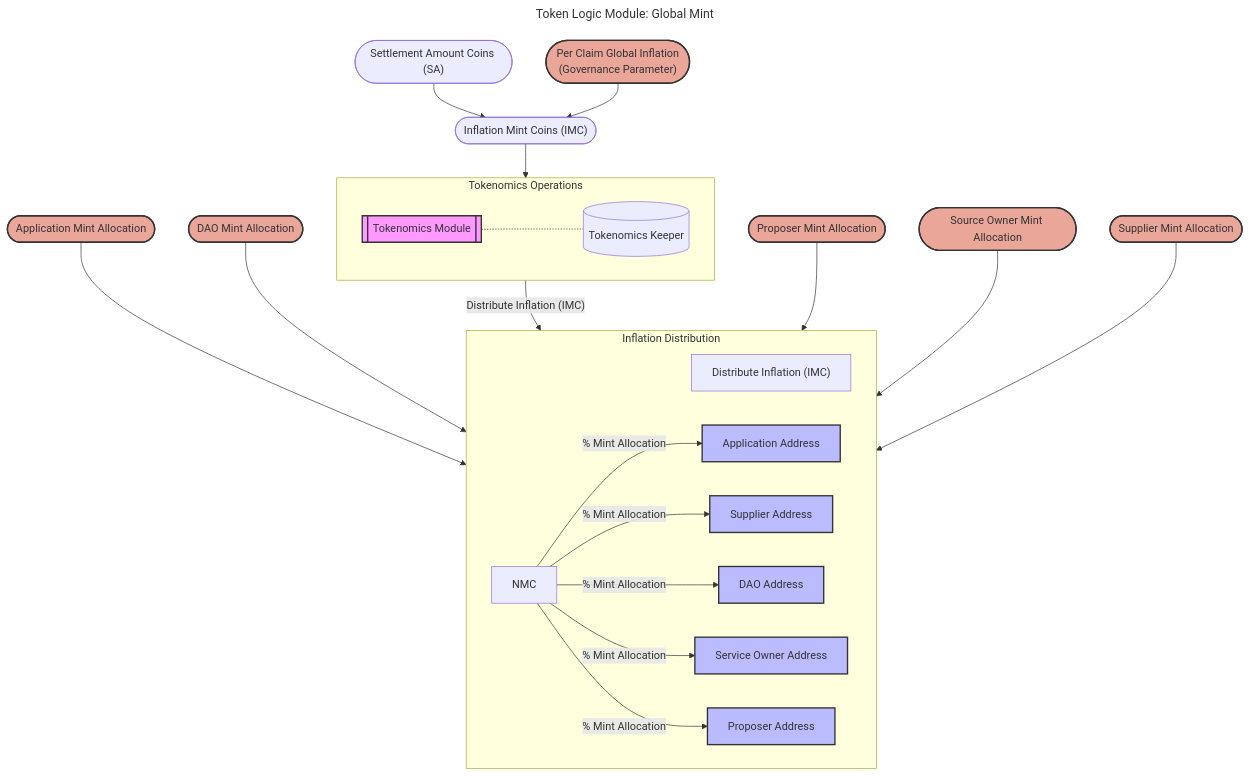
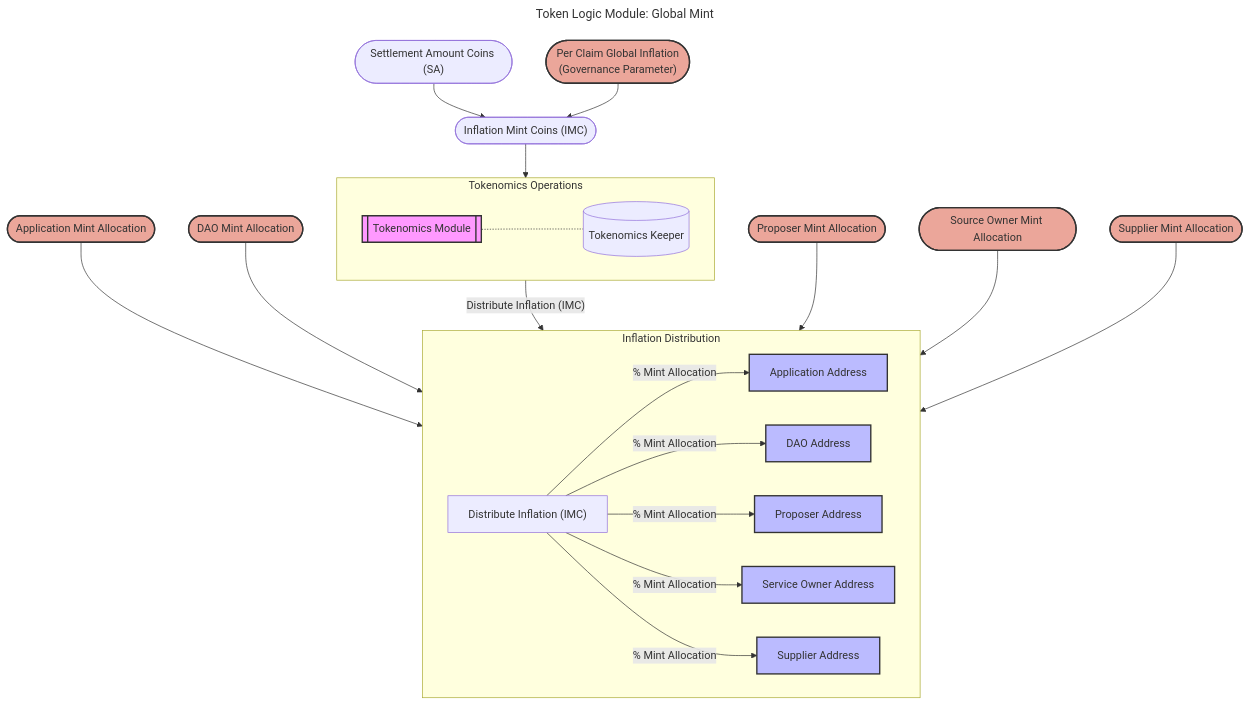
One commit to pokt-network/poktroll changed the third of 4 diagrams in docusaurus/docs/protocol/tokenomics/token_logic_modules.md. Above: the diagram before and after it, drawn with Mermaid.

````diff
--- a/docusaurus/docs/protocol/tokenomics/token_logic_modules.md
+++ b/docusaurus/docs/protocol/tokenomics/token_logic_modules.md
@@ -178,59 +178,59 @@
 ```mermaid
 ---
 title: "Token Logic Module: Global Mint"
 ---
 flowchart TD
     SC(["Settlement Amount Coins (SA)"])
     PCI(["Per Claim Global Inflation <br> (Governance Parameter)"])
     IMC(["Inflation Mint Coins (IMC)"])
 
     DA(["DAO Mint Allocation"])
     PA(["Proposer Mint Allocation"])
     SA(["Supplier Mint Allocation"])
     SOM(["Source Owner Mint Allocation"])
     AA(["Application Mint Allocation"])
 
 
     SC --> IMC
     PCI --> IMC
     IMC --> TO
 
     subgraph TO[Tokenomics Operations]
         TM[[Tokenomics Module]]
         TK[(Tokenomics Keeper)]
         TM -..- TK
     end
 
 
     AA --> ID
     DA --> ID
     TO --Distribute Inflation (IMC)--> ID
     PA --> ID
     SOM --> ID
     SA --> ID
 
     subgraph ID[Inflation Distribution]
         DI["Distribute Inflation (IMC)"]
         APPA["Application Address"]
         SPPA["Supplier Address"]
         DAOA["DAO Address"]
         SOA["Service Owner Address"]
         PRA["Proposer Address"]
 
-        NMC -->|% Mint Allocation| APPA
-        NMC -->|% Mint Allocation| SPPA
-        NMC -->|% Mint Allocation| DAOA
-        NMC -->|% Mint Allocation| SOA
-        NMC -->|% Mint Allocation| PRA
+        DI -->|% Mint Allocation| APPA
+        DI -->|% Mint Allocation| DAOA
+        DI -->|% Mint Allocation| PRA
+        DI -->|% Mint Allocation| SOA
+        DI -->|% Mint Allocation| SPPA
     end
 
     classDef module fill:#f9f,stroke:#333,stroke-width:2px;
     classDef address fill:#bbf,stroke:#333,stroke-width:2px;
     classDef question fill:#e3db6d,stroke:#333,stroke-width:2px;
     classDef govparam fill:#eba69a,stroke:#333,stroke-width:2px;
     classDef event fill:#e8b761,stroke:#333,stroke-width:2px;
 
     class TM module;
     class PCI,DA,PA,SA,SOM,AA govparam;
     class APPA,SPPA,DAOA,SOA,PRA address;
 ```
````
